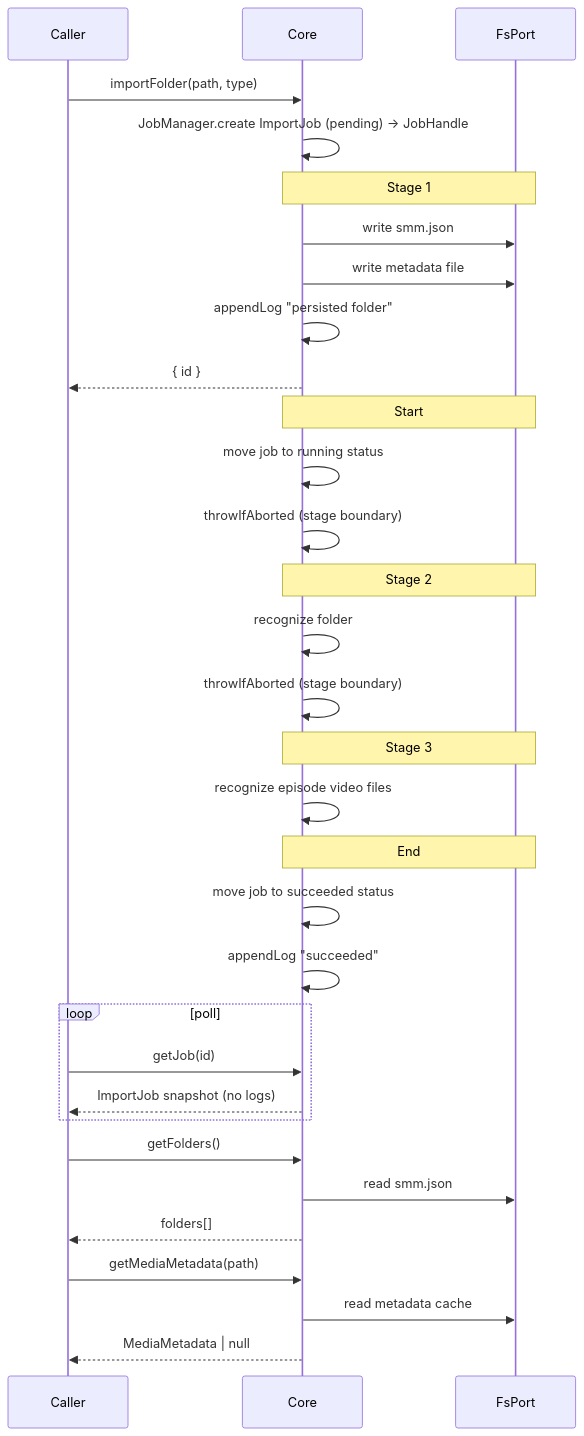
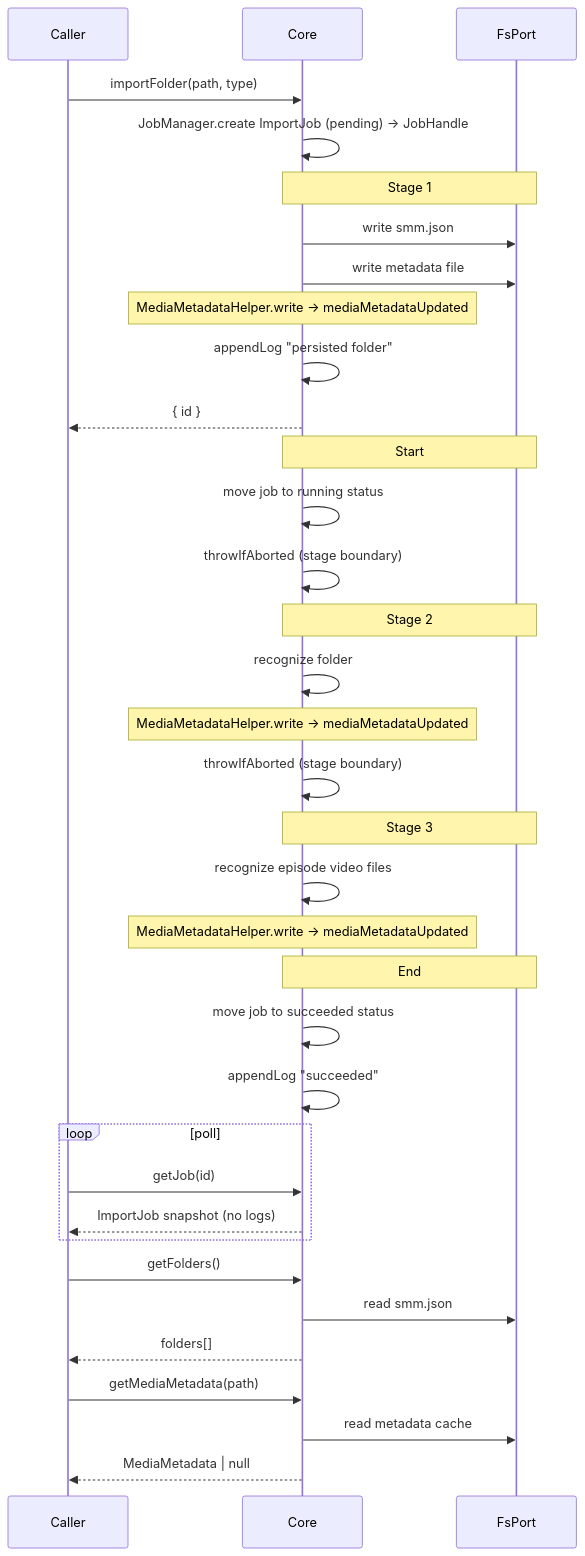
One commit to lawrenceching/SMM changed the first of 3 diagrams in docs/dev/import-folder.md. Above: the diagram before and after it, drawn with Mermaid. The commit also changed other lines of this file and 7 other files, not shown here.

First line of the commit message:
fix(core): emit mediaMetadataUpdated from MediaMetadataHelper writes

````diff
--- a/docs/dev/import-folder.md
+++ b/docs/dev/import-folder.md
@@ -14,43 +14,46 @@
 ```mermaid
 sequenceDiagram
   participant Caller
   participant Core
   participant Fs as FsPort
 
   Caller->>Core: importFolder(path, type)
   Core->>Core: JobManager.create ImportJob (pending) → JobHandle
 
   Note over Core,Fs: Stage 1
   Core->>Fs: write smm.json
   Core->>Fs: write metadata file
+  Note over Core: MediaMetadataHelper.write → mediaMetadataUpdated
   Core->>Core: appendLog "persisted folder"
   Core-->>Caller: { id }
 
   Note over Core,Fs: Start
   Core->>Core: move job to running status
   Core->>Core: throwIfAborted (stage boundary)
 
   Note over Core,Fs: Stage 2
   Core->>Core: recognize folder
+  Note over Core: MediaMetadataHelper.write → mediaMetadataUpdated
   Core->>Core: throwIfAborted (stage boundary)
 
   Note over Core,Fs: Stage 3
   Core->>Core: recognize episode video files
+  Note over Core: MediaMetadataHelper.write → mediaMetadataUpdated
 
   Note over Core,Fs: End
   Core->>Core: move job to succeeded status
   Core->>Core: appendLog "succeeded"
 
   loop poll
     Caller->>Core: getJob(id)
     Core-->>Caller: ImportJob snapshot (no logs)
   end
 
   Caller->>Core: getFolders()
   Core->>Fs: read smm.json
   Core-->>Caller: folders[]
 
   Caller->>Core: getMediaMetadata(path)
   Core->>Fs: read metadata cache
   Core-->>Caller: MediaMetadata | null
 ```
````
